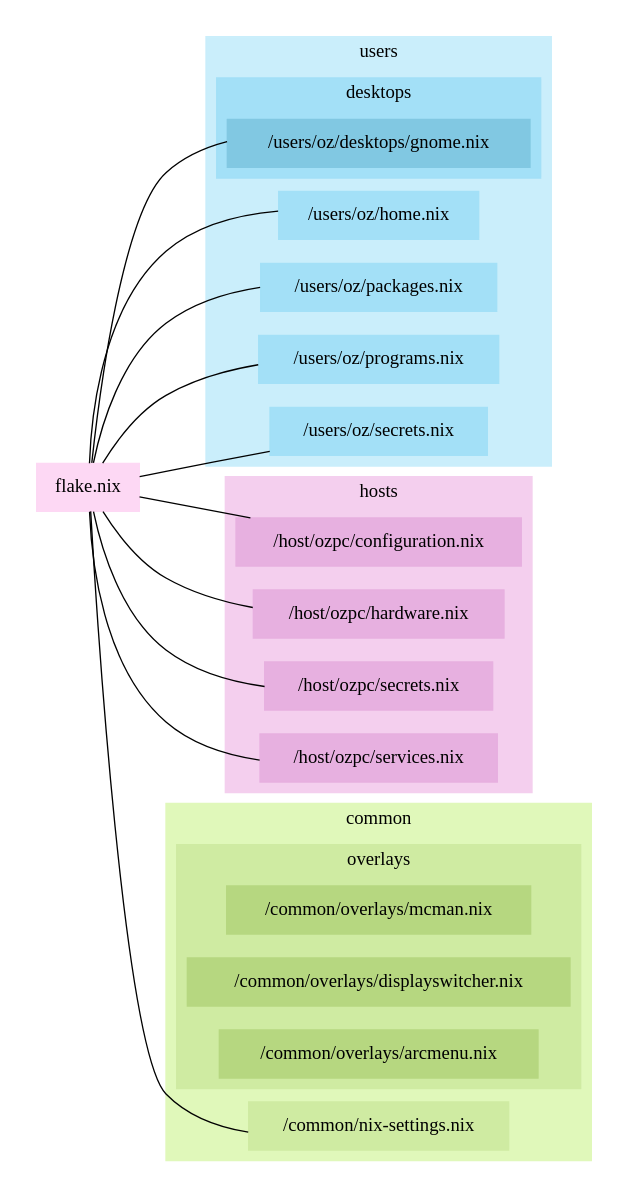
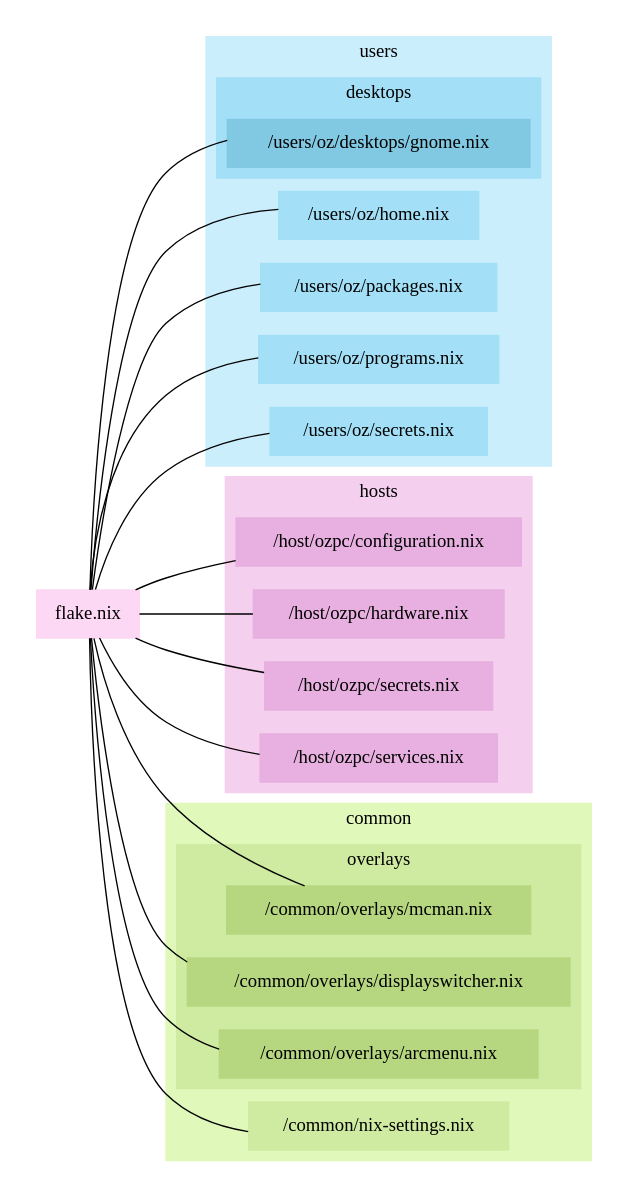
One commit to zobornost/nixos changed the diagram in flake.dot. Above: the diagram before and after it, drawn with Graphviz.

Commit message:
fix overlay nodes in graph

```diff
--- a/flake.dot
+++ b/flake.dot
@@ -1,57 +1,60 @@
 graph flake {
     rankdir="LR";
     node [shape="box", style="filled"];
     subgraph cluster_flake {
         style="filled";
         color="#ffffffff";
         "flake.nix" [color="#fdd8f4ff"];
         "flake.nix" -- "/common/nix-settings.nix";
         "flake.nix" -- "/host/ozpc/configuration.nix";
         "flake.nix" -- "/host/ozpc/hardware.nix";
         "flake.nix" -- "/host/ozpc/secrets.nix";
         "flake.nix" -- "/host/ozpc/services.nix";
         "flake.nix" -- "/users/oz/home.nix";
         "flake.nix" -- "/users/oz/packages.nix";
         "flake.nix" -- "/users/oz/programs.nix";
         "flake.nix" -- "/users/oz/secrets.nix";
         "flake.nix" -- "/users/oz/desktops/gnome.nix";
+        "flake.nix" -- "/common/overlays/mcman.nix";
+        "flake.nix" -- "/common/overlays/displayswitcher.nix";
+        "flake.nix" -- "/common/overlays/arcmenu.nix";
         subgraph cluster_common {
             label="common";
             style="filled";
             color="#e0f8baff";
             "/common/nix-settings.nix" [color="#cfeba2ff"];
             subgraph cluster_common_overlays {
                 label="overlays";
                 style="filled";
                 color="#cfeba2ff";
                 "/common/overlays/mcman.nix" [color="#b6d780ff"];
                 "/common/overlays/displayswitcher.nix" [color="#b6d780ff"];
                 "/common/overlays/arcmenu.nix" [color="#b6d780ff"];
             }
         }
         subgraph cluster_hosts {
             label="hosts";
             style="filled";
             color="#f4cfeeff";
             "/host/ozpc/services.nix" [color="#e7b0e0ff"];
             "/host/ozpc/secrets.nix" [color="#e7b0e0ff"];
             "/host/ozpc/hardware.nix" [color="#e7b0e0ff"];
             "/host/ozpc/configuration.nix" [color="#e7b0e0ff"];
         }
         subgraph cluster_users {
             label="users";
             style="filled";
             color="#caeefbff";
             "/users/oz/secrets.nix" [color="#a3e0f7ff"];
             "/users/oz/programs.nix" [color="#a3e0f7ff"];
             "/users/oz/packages.nix" [color="#a3e0f7ff"];
             "/users/oz/home.nix" [color="#a3e0f7ff"];
             subgraph cluster_users_desktops {
                 label="desktops";
                 style="filled";
                 color="#a3e0f7ff";
                 "/users/oz/desktops/gnome.nix" [color="#81c8e2ff"];
             }
         }
     }
 }
```
